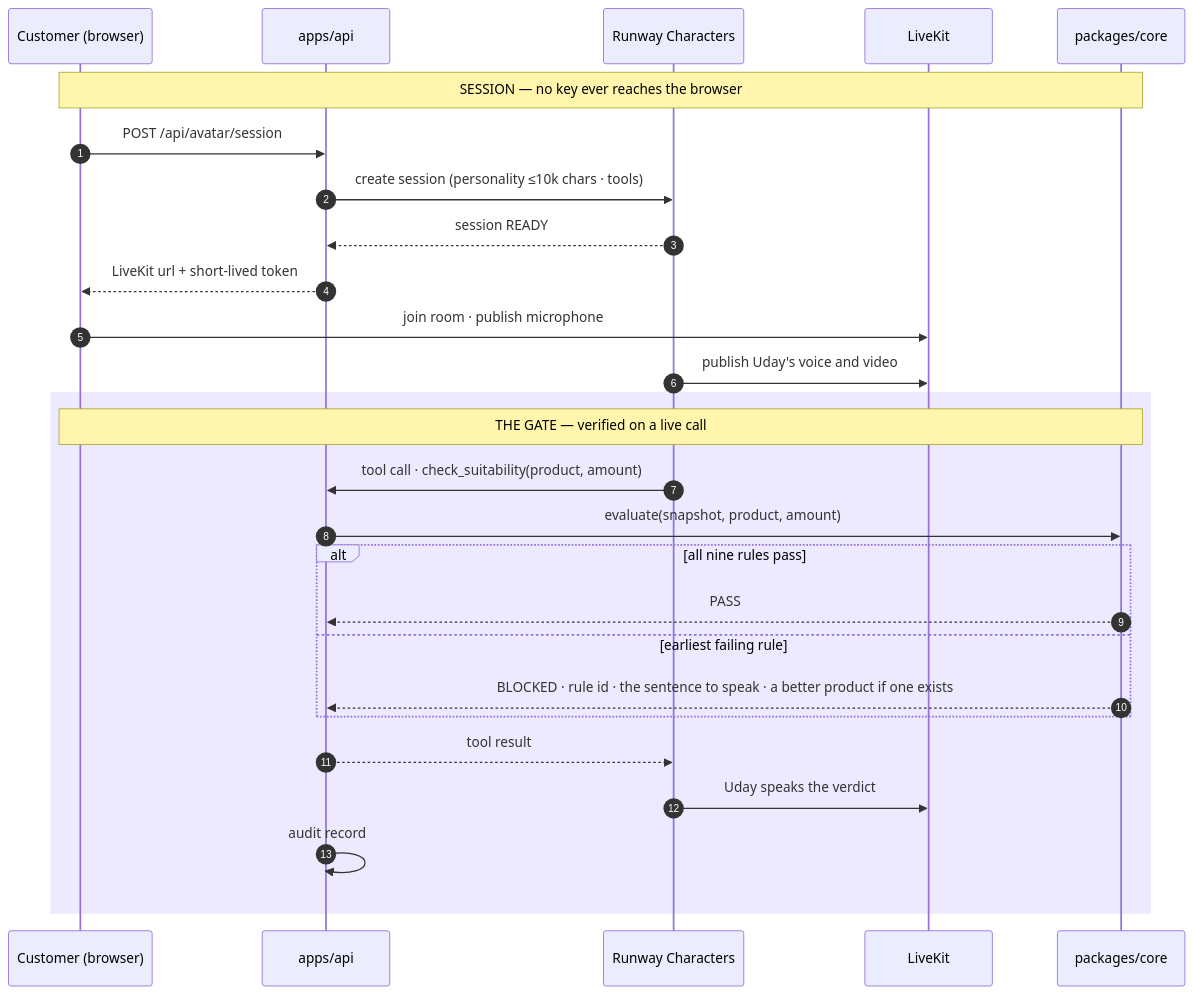
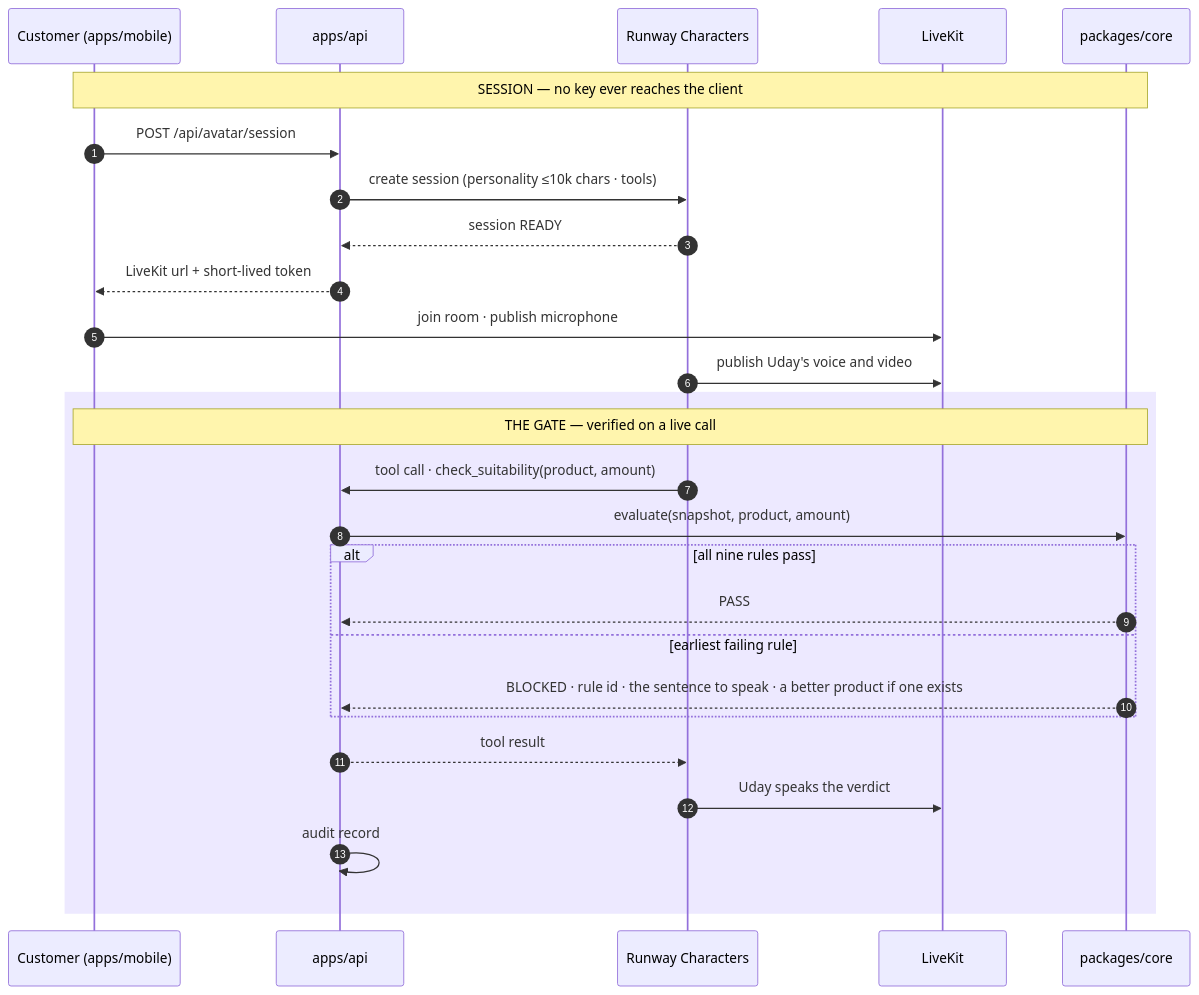
One commit to dhan-sarthi/dhan-sarthi changed the second of 4 diagrams in README.md. Above: the diagram before and after it, drawn with Mermaid. The commit also changed other lines of this file and 45 other files, not shown here.

````diff
--- a/README.md
+++ b/README.md
@@ -87,31 +95,31 @@
 ```mermaid
 sequenceDiagram
     autonumber
-    participant C as Customer (browser)
+    participant C as Customer (apps/mobile)
     participant A as apps/api
     participant R as Runway Characters
     participant L as LiveKit
     participant K as packages/core
 
-    Note over C,K: SESSION — no key ever reaches the browser
+    Note over C,K: SESSION — no key ever reaches the client
     C->>A: POST /api/avatar/session
     A->>R: create session (personality ≤10k chars · tools)
     R-->>A: session READY
     A-->>C: LiveKit url + short-lived token
     C->>L: join room · publish microphone
     R->>L: publish Uday's voice and video
 
     rect rgba(111, 76, 255, 0.12)
     Note over C,K: THE GATE — verified on a live call
     R->>A: tool call · check_suitability(product, amount)
     A->>K: evaluate(snapshot, product, amount)
     alt all nine rules pass
         K-->>A: PASS
     else earliest failing rule
         K-->>A: BLOCKED · rule id · the sentence to speak · a better product if one exists
     end
     A-->>R: tool result
     R->>L: Uday speaks the verdict
     A->>A: audit record
     end
 ```
````
